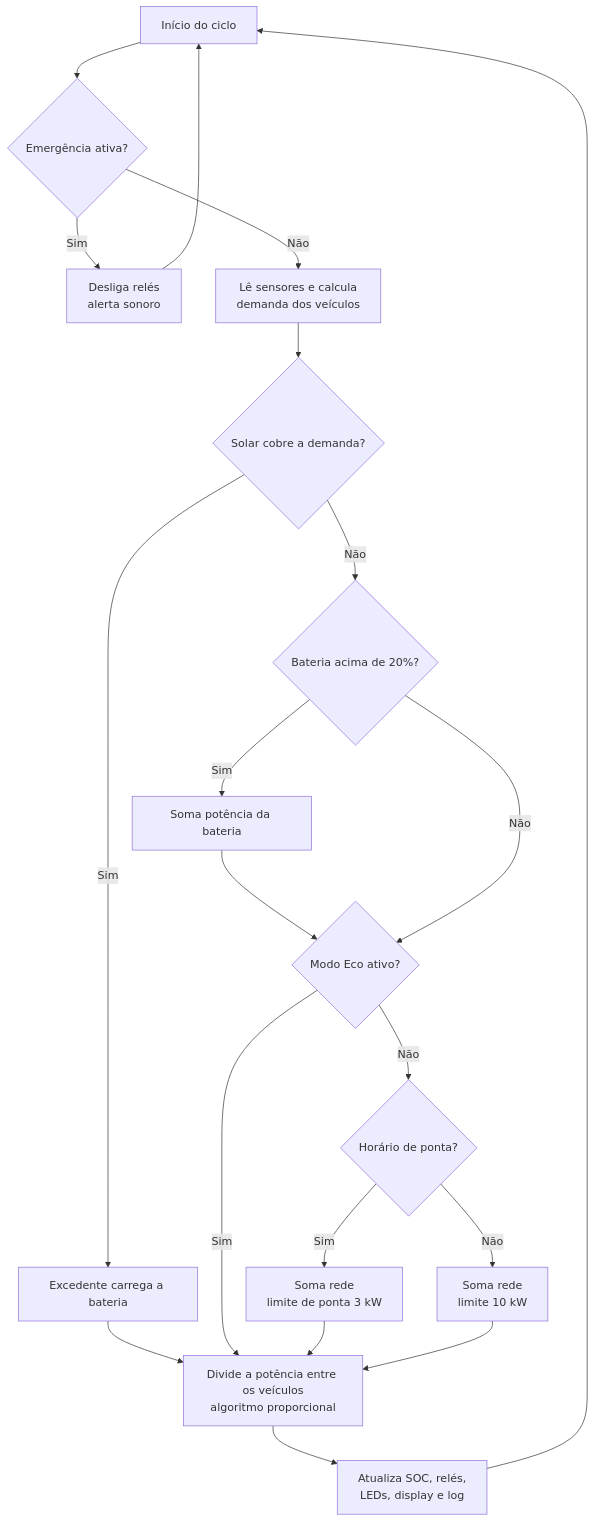
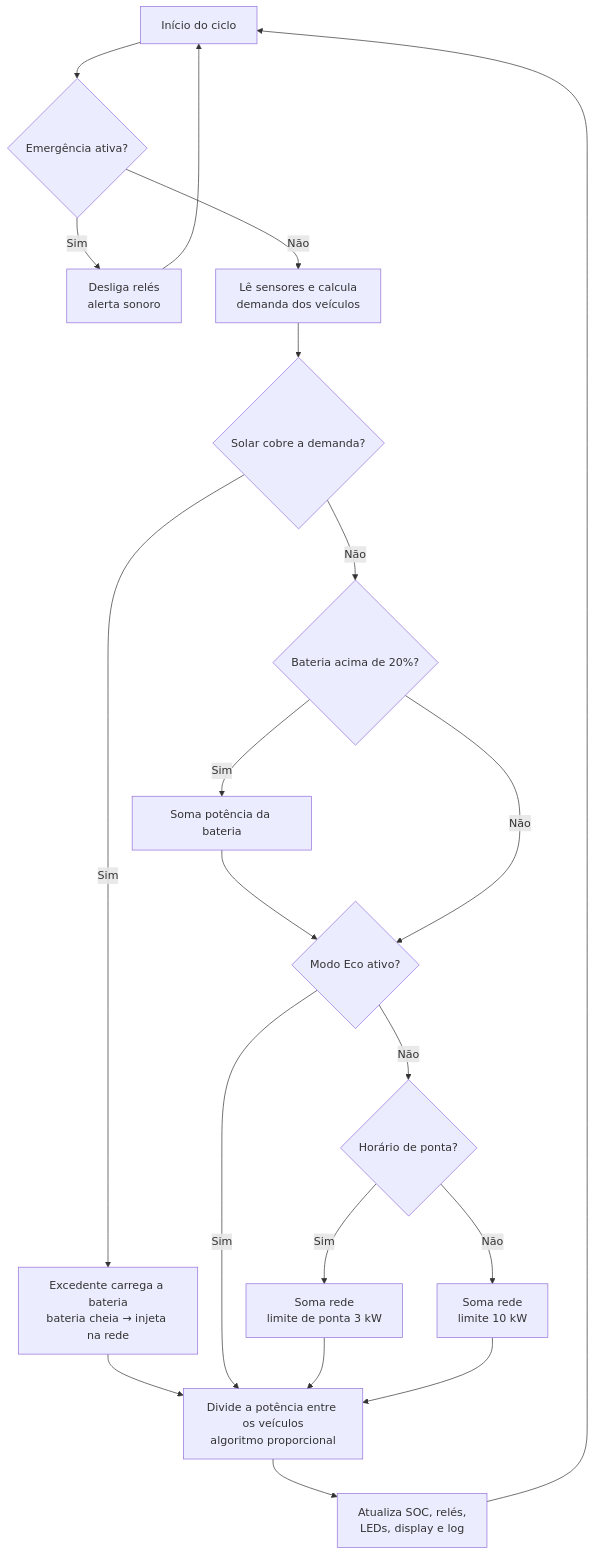
The third of 4 diagrams in docs/arquitetura.md (GustavoBitencourtLopes/sprint4-goodwe-solarflow), drawn with Mermaid before and after one commit. The commit also changed other lines of this file, not shown here.

````diff
--- a/docs/arquitetura.md
+++ b/docs/arquitetura.md
@@ -144,16 +151,16 @@
 ```mermaid
 flowchart TD
     A["Início do ciclo"] --> B{"Emergência ativa?"}
     B -- Sim --> Z["Desliga relés<br/>alerta sonoro"] --> A
     B -- Não --> C["Lê sensores e calcula<br/>demanda dos veículos"]
     C --> D{"Solar cobre a demanda?"}
-    D -- Sim --> X["Excedente carrega a bateria"] --> I
+    D -- Sim --> X["Excedente carrega a bateria<br/>bateria cheia → injeta na rede"] --> I
     D -- Não --> F{"Bateria acima de 20%?"}
     F -- Sim --> G["Soma potência da bateria"] --> H
     F -- Não --> H{"Modo Eco ativo?"}
     H -- Sim --> I
     H -- Não --> K{"Horário de ponta?"}
     K -- Sim --> L["Soma rede<br/>limite de ponta 3 kW"] --> I
     K -- Não --> M["Soma rede<br/>limite 10 kW"] --> I
     I["Divide a potência entre os veículos<br/>algoritmo proporcional"] --> J["Atualiza SOC, relés,<br/>LEDs, display e log"] --> A
 ```
````
